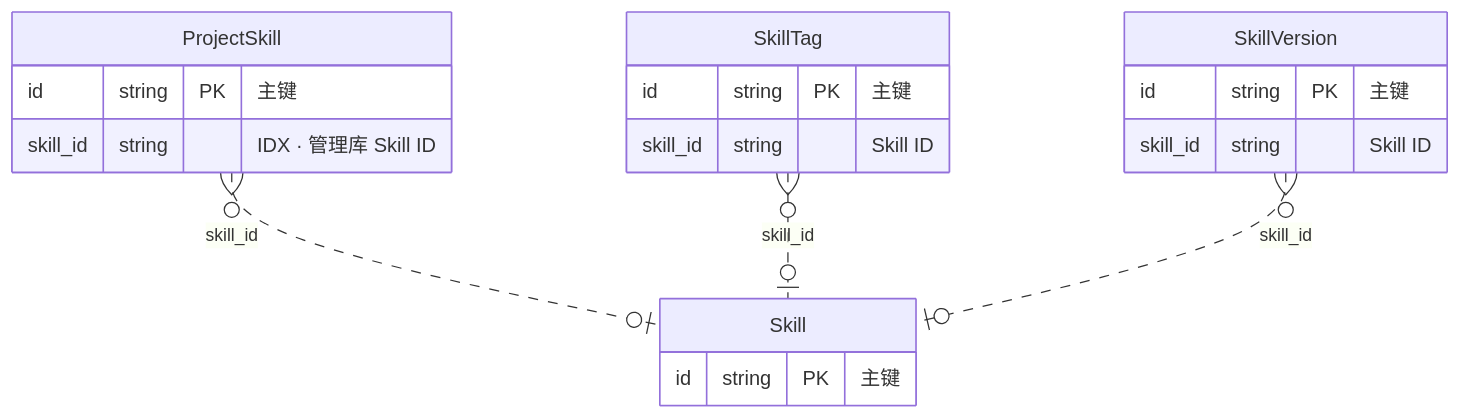
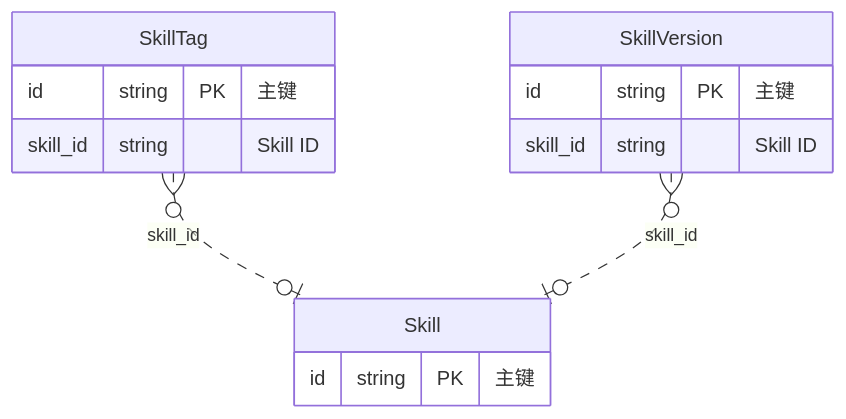
The diagram in docs/er.md (fino-apps/skillhub), drawn with Mermaid before and after one commit. The commit also changed other lines of this file and 78 other files, not shown here.

````diff
--- a/docs/er.md
+++ b/docs/er.md
@@ -13,22 +13,17 @@
 ```mermaid
 erDiagram
     direction TB
-    "skillhub.ProjectSkill"["ProjectSkill"] {
-        id string PK "主键"
-        skill_id string "IDX · 管理库 Skill ID"
-    }
     "skillhub.Skill"["Skill"] {
         id string PK "主键"
     }
     "skillhub.SkillTag"["SkillTag"] {
         id string PK "主键"
         skill_id string "Skill ID"
     }
     "skillhub.SkillVersion"["SkillVersion"] {
         id string PK "主键"
         skill_id string "Skill ID"
     }
-    "skillhub.ProjectSkill" }o..o| "skillhub.Skill" : "skill_id"
     "skillhub.SkillTag" }o..o| "skillhub.Skill" : "skill_id"
     "skillhub.SkillVersion" }o..o| "skillhub.Skill" : "skill_id"
 ```
````
